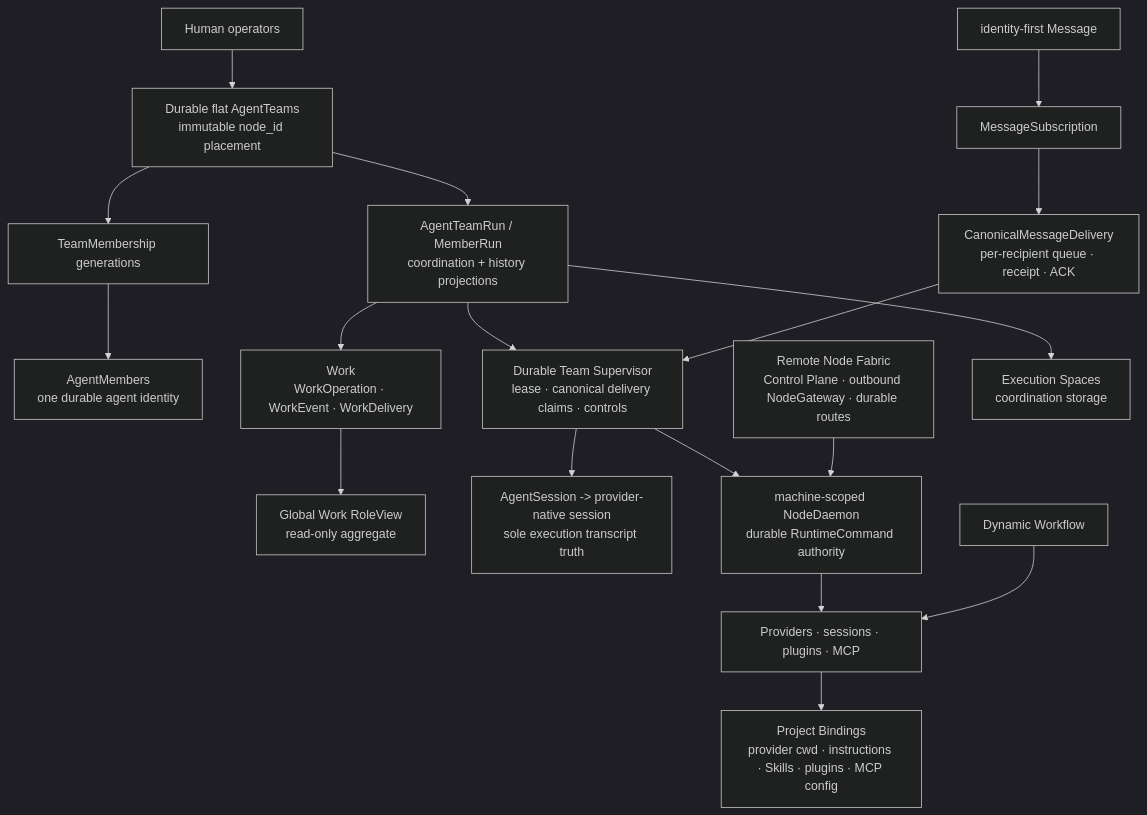
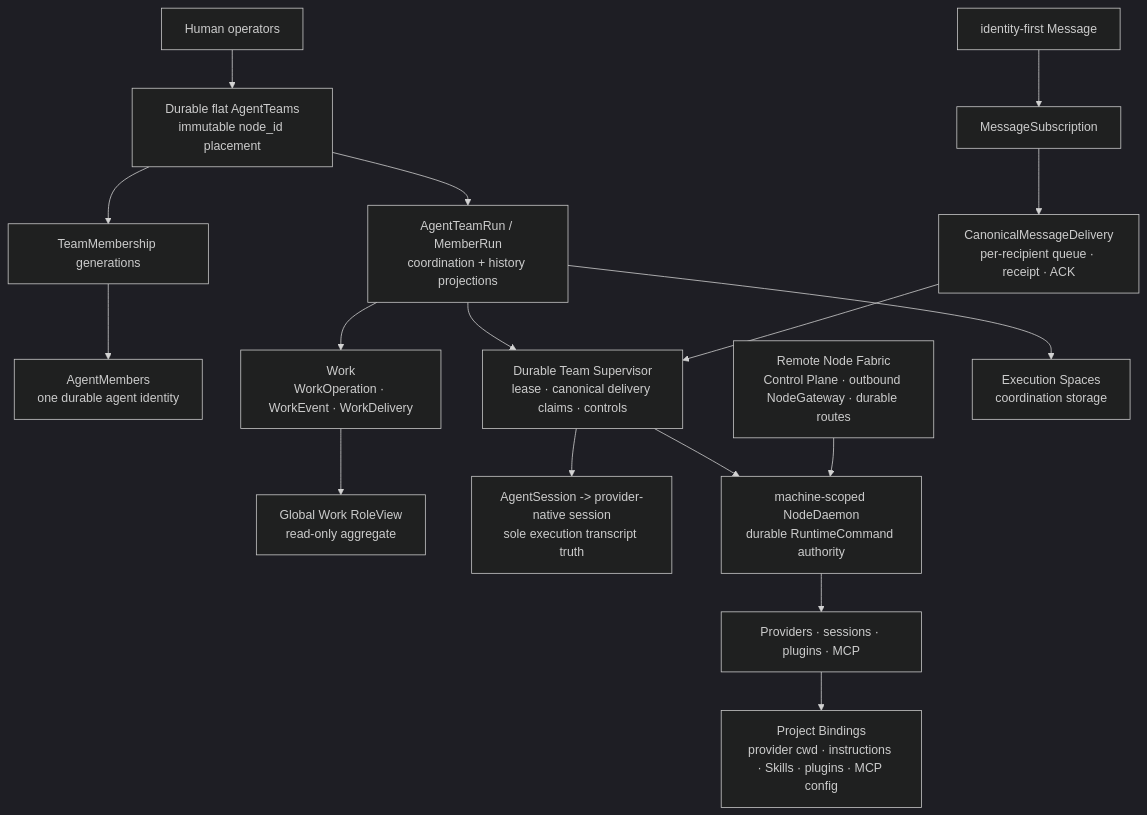
The diagram in docs/current/architecture/architecture-map.md (cyl19970726/multi-agent-harness), drawn with Mermaid (dark theme) before and after one commit. The commit also changed 47 other files, not shown here.

Commit message:
retire dynamic workflow documentation authority

````diff
--- a/docs/current/architecture/architecture-map.md
+++ b/docs/current/architecture/architecture-map.md
@@ -9,39 +9,37 @@
 ```mermaid
 flowchart TB
   Human["Human operators"]
   Teams["Durable flat AgentTeams\nimmutable node_id placement"]
   Members["AgentMembers\none durable agent identity"]
   Membership["TeamMembership generations"]
   Runs["AgentTeamRun / MemberRun\ncoordination + history projections"]
   Supervisor["Durable Team Supervisor\nlease · canonical delivery claims · controls"]
   Work["Work\nWorkOperation · WorkEvent · WorkDelivery"]
   GlobalWork["Global Work RoleView\nread-only aggregate"]
   Msg["identity-first Message"]
   Sub["MessageSubscription"]
   Delivery["CanonicalMessageDelivery\nper-recipient queue · receipt · ACK"]
   Sessions["AgentSession -> provider-native session\nsole execution transcript truth"]
   Daemon["machine-scoped NodeDaemon\ndurable RuntimeCommand authority"]
   Fabric["Remote Node Fabric\nControl Plane · outbound NodeGateway · durable routes"]
   Runtime["Providers · sessions · plugins · MCP"]
-  Workflow["Dynamic Workflow"]
   Spaces["Execution Spaces\ncoordination storage"]
   Bindings["Project Bindings\nprovider cwd · instructions · Skills · plugins · MCP config"]
 
   Human --> Teams
   Teams --> Membership
   Membership --> Members
   Teams --> Runs
   Runs --> Supervisor
   Runs --> Work
   Work --> GlobalWork
   Msg --> Sub
   Sub --> Delivery
   Delivery --> Supervisor
   Supervisor --> Sessions
   Supervisor --> Daemon
   Daemon --> Runtime
   Fabric --> Daemon
-  Workflow --> Runtime
   Runs --> Spaces
   Runtime --> Bindings
 ```
````
